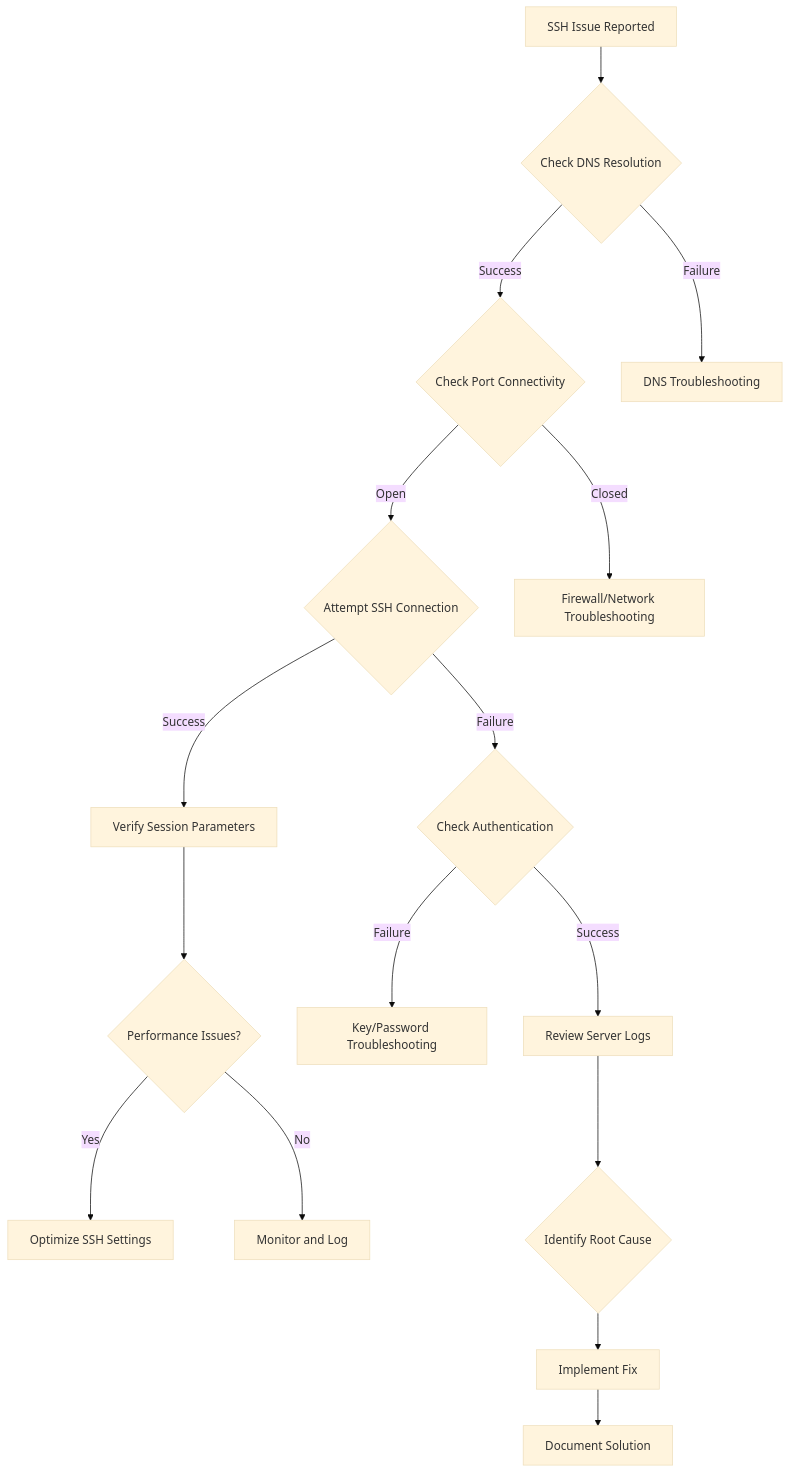
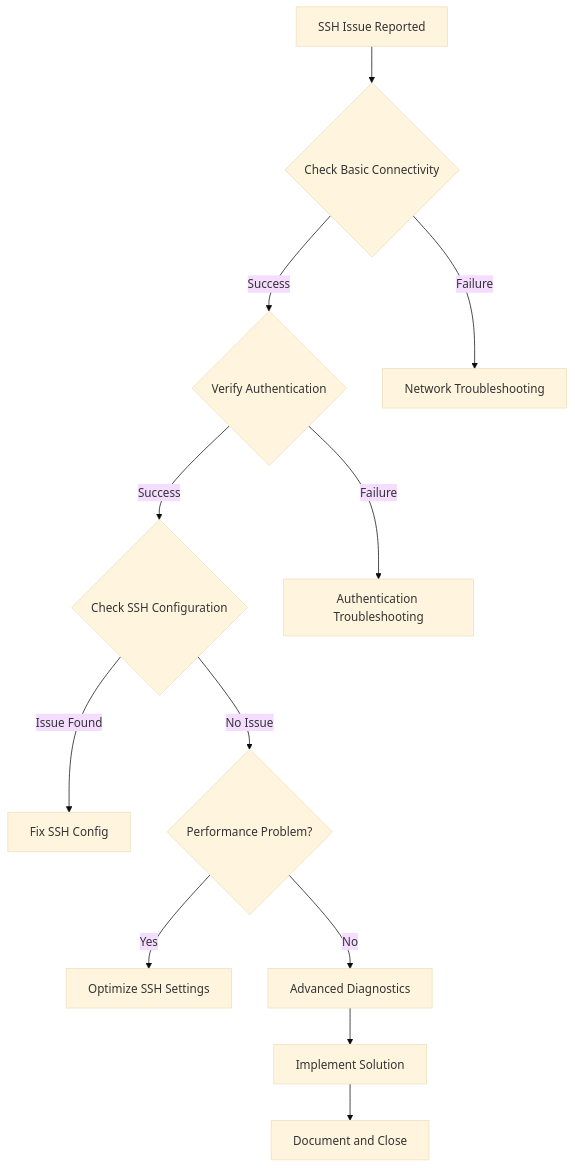
One commit to cipherbite/mastering-linux changed the diagram in mastering-ssh-part-one/5 - Troubleshooting SSH Issues.md. Above: the diagram before and after it, drawn with Mermaid (base theme). The commit also changed other lines of this file, not shown here.

Commit message:
Update 5 - Troubleshooting SSH Issues.md

````diff
--- a/mastering-ssh-part-one/5 - Troubleshooting SSH Issues.md
+++ b/mastering-ssh-part-one/5 - Troubleshooting SSH Issues.md
@@ -159,18 +259,14 @@
 ```mermaid
 graph TD
-    A[SSH Issue Reported] --> B{Check DNS Resolution}
-    B -->|Success| C{Check Port Connectivity}
-    B -->|Failure| D[DNS Troubleshooting]
-    C -->|Open| E{Attempt SSH Connection}
-    C -->|Closed| F[Firewall/Network Troubleshooting]
-    E -->|Success| G[Verify Session Parameters]
-    E -->|Failure| H{Check Authentication}
-    H -->|Success| I[Review Server Logs]
-    H -->|Failure| J[Key/Password Troubleshooting]
-    G --> K{Performance Issues?}
-    K -->|Yes| L[Optimize SSH Settings]
-    K -->|No| M[Monitor and Log]
-    I --> N{Identify Root Cause}
-    N --> O[Implement Fix]
-    O --> P[Document Solution]
+    A[SSH Issue Reported] --> B{Check Basic Connectivity}
+    B -->|Success| C{Verify Authentication}
+    B -->|Failure| D[Network Troubleshooting]
+    C -->|Success| E{Check SSH Configuration}
+    C -->|Failure| F[Authentication Troubleshooting]
+    E -->|Issue Found| G[Fix SSH Config]
+    E -->|No Issue| H{Performance Problem?}
+    H -->|Yes| I[Optimize SSH Settings]
+    H -->|No| J[Advanced Diagnostics]
+    J --> K[Implement Solution]
+    K --> L[Document and Close]
 ```
````
